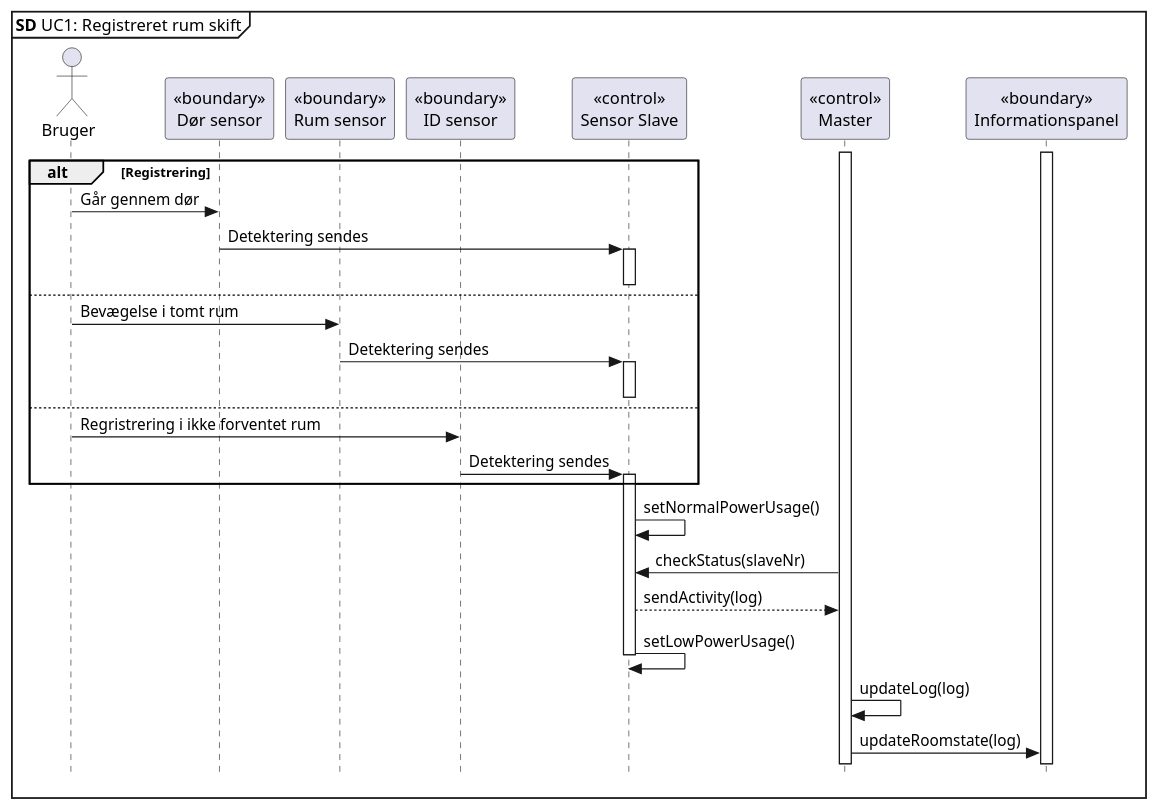
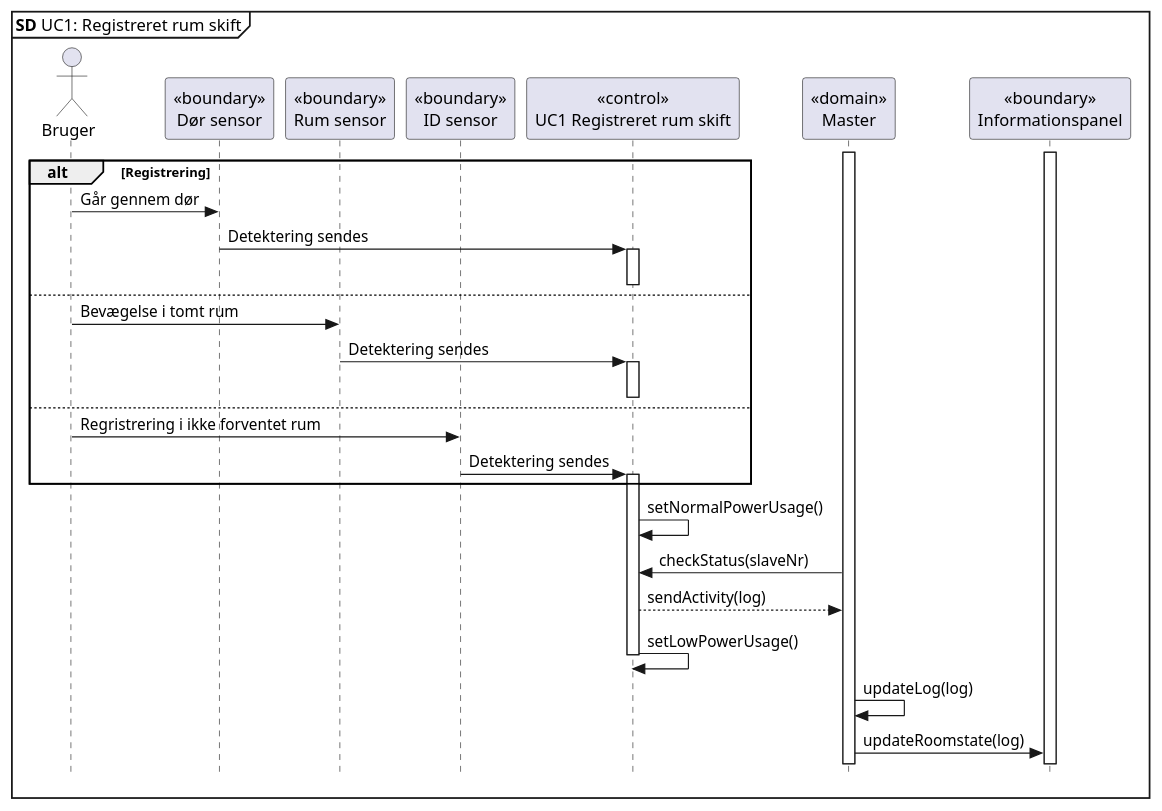
Before and after one commit to Tukkel/Projekt_2: the diagram in SysML/UC1 SD.puml, drawn with PlantUML.

Commit message:
Changed slave to correct name

```diff
--- a/SysML/UC1 SD.puml
+++ b/SysML/UC1 SD.puml
@@ -1,38 +1,38 @@
 @startuml UC1 SD
 skinparam style strictuml
 
 mainframe **SD** UC1: Registreret rum skift
 
 actor       Bruger      as bruger
 participant "<<boundary>>\nDør sensor" as dør
 participant "<<boundary>>\nRum sensor" as rum
 participant "<<boundary>>\nID sensor" as ID
-participant "<<control>>\nSensor Slave" as slave
-participant "<<control>>\nMaster" as master
+participant "<<control>>\nUC1 Registreret rum skift" as slave
+participant "<<domain>>\nMaster" as master
 participant "<<boundary>>\nInformationspanel" as panel
 
 activate master
 activate panel
 alt Registrering
 bruger -> dør : Går gennem dør
 dør -> slave : Detektering sendes
 activate slave
 else
 deactivate slave
 bruger -> rum : Bevægelse i tomt rum
 rum -> slave : Detektering sendes
 activate slave
 else
 deactivate slave
 bruger -> ID : Regristrering i ikke forventet rum
 ID -> slave : Detektering sendes
 activate slave
 end
 slave -> slave : setNormalPowerUsage()
 master -> slave : checkStatus(slaveNr)
 slave --> master : sendActivity(log)
 slave -> slave : setLowPowerUsage()
 deactivate slave
 master -> master : updateLog(log)
 master -> panel : updateRoomstate(log)
 @enduml
```
